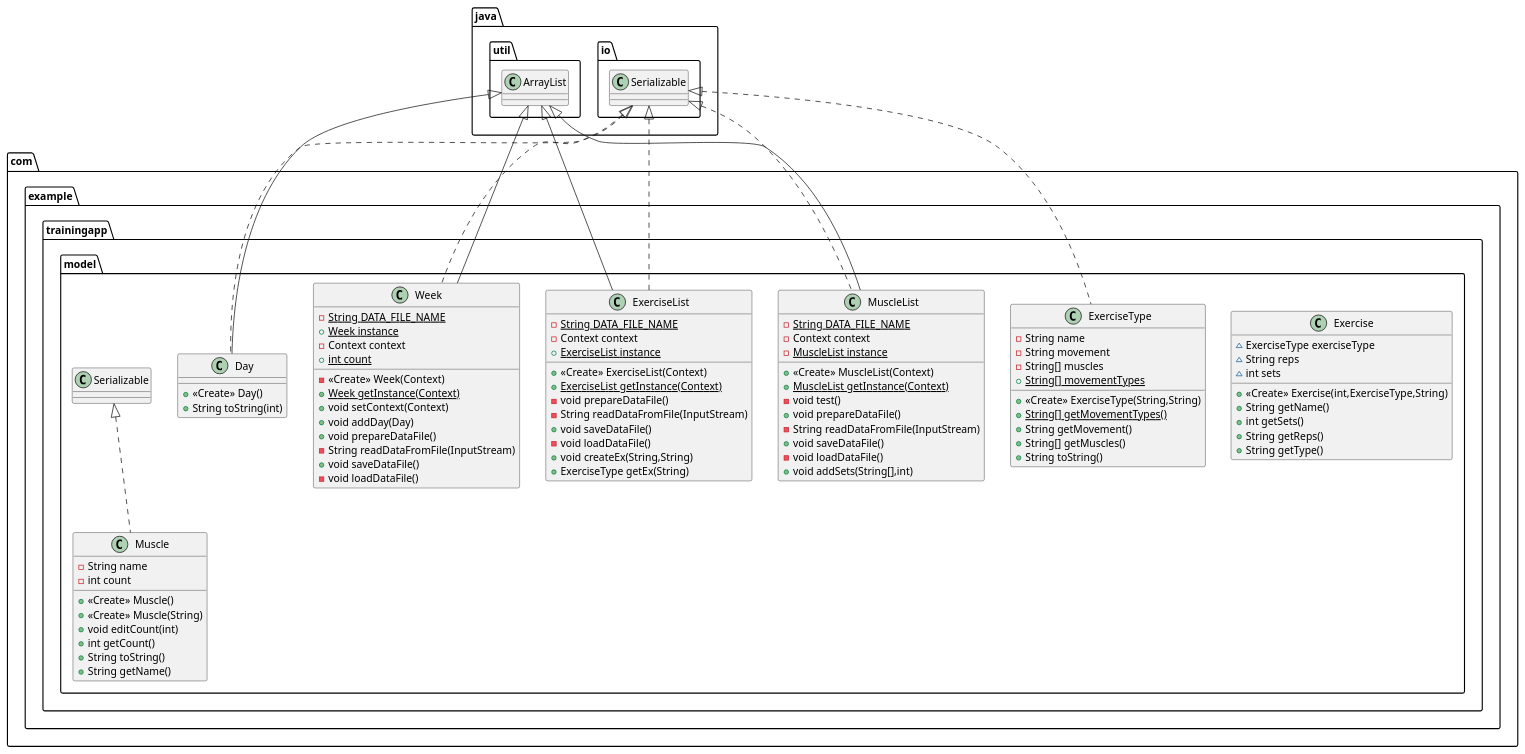
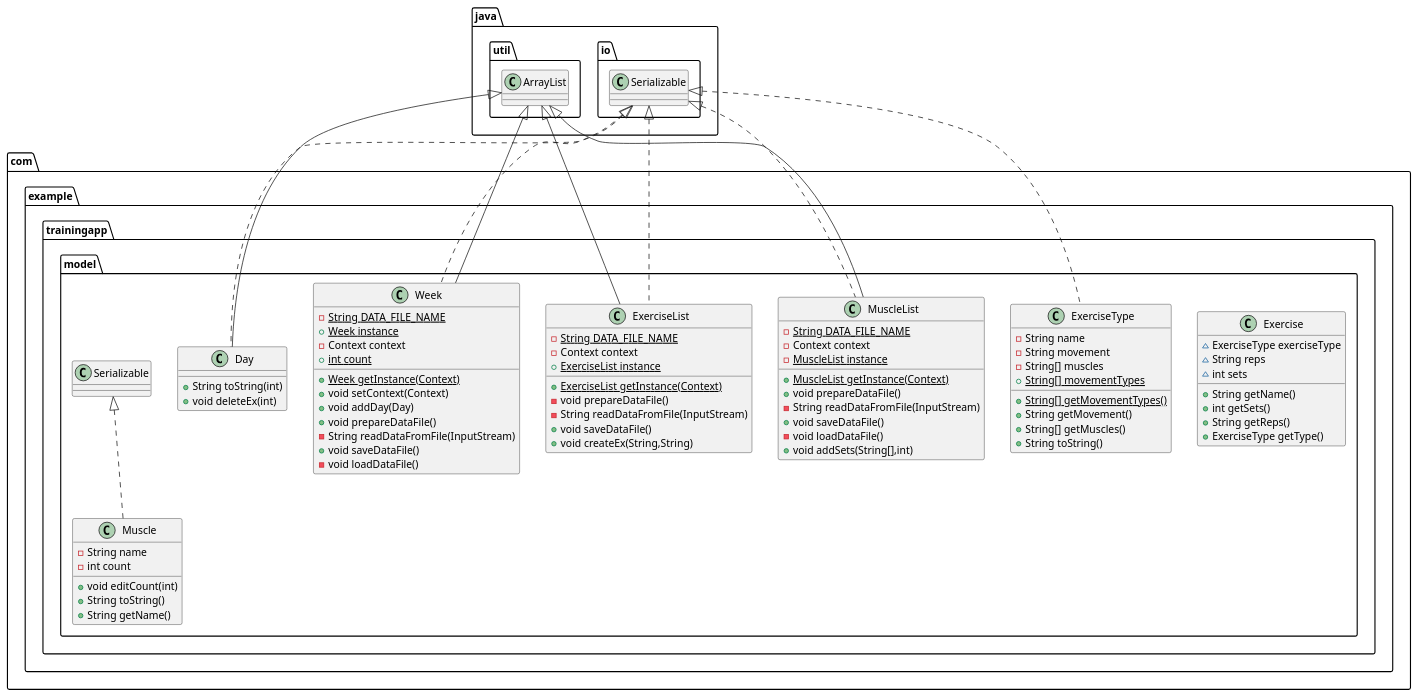
One commit to Lionco42/TrainingApp changed the diagram in traininguml.puml. Above: the diagram before and after it, drawn with PlantUML. The commit also changed 2 other files, not shown here.

```diff
--- a/traininguml.puml
+++ b/traininguml.puml
@@ -1,89 +1,78 @@
 @startuml
 class com.example.trainingapp.model.Exercise {
 ~ ExerciseType exerciseType
 ~ String reps
 ~ int sets
-+ <<Create>> Exercise(int,ExerciseType,String)
 + String getName()
 + int getSets()
 + String getReps()
-+ String getType()
++ ExerciseType getType()
 }
 class com.example.trainingapp.model.MuscleList {
 - {static} String DATA_FILE_NAME
 - Context context
 - {static} MuscleList instance
-+ <<Create>> MuscleList(Context)
 + {static} MuscleList getInstance(Context)
-- void test()
 + void prepareDataFile()
 - String readDataFromFile(InputStream)
 + void saveDataFile()
 - void loadDataFile()
 + void addSets(String[],int)
 }
 class com.example.trainingapp.model.ExerciseList {
 - {static} String DATA_FILE_NAME
 - Context context
 + {static} ExerciseList instance
-+ <<Create>> ExerciseList(Context)
 + {static} ExerciseList getInstance(Context)
 - void prepareDataFile()
 - String readDataFromFile(InputStream)
 + void saveDataFile()
-- void loadDataFile()
 + void createEx(String,String)
-+ ExerciseType getEx(String)
 }
 class com.example.trainingapp.model.ExerciseType {
 - String name
 - String movement
 - String[] muscles
 + {static} String[] movementTypes
-+ <<Create>> ExerciseType(String,String)
 + {static} String[] getMovementTypes()
 + String getMovement()
 + String[] getMuscles()
 + String toString()
 }
 class com.example.trainingapp.model.Day {
-+ <<Create>> Day()
 + String toString(int)
++ void deleteEx(int)
 }
 class com.example.trainingapp.model.Week {
 - {static} String DATA_FILE_NAME
 + {static} Week instance
 - Context context
 + {static} int count
-- <<Create>> Week(Context)
 + {static} Week getInstance(Context)
 + void setContext(Context)
 + void addDay(Day)
 + void prepareDataFile()
 - String readDataFromFile(InputStream)
 + void saveDataFile()
 - void loadDataFile()
 }
 class com.example.trainingapp.model.Muscle {
 - String name
 - int count
-+ <<Create>> Muscle()
-+ <<Create>> Muscle(String)
 + void editCount(int)
-+ int getCount()
 + String toString()
 + String getName()
 }
 
 
 java.io.Serializable <|.. com.example.trainingapp.model.MuscleList
 java.util.ArrayList <|-- com.example.trainingapp.model.MuscleList
 java.io.Serializable <|.. com.example.trainingapp.model.ExerciseList
 java.util.ArrayList <|-- com.example.trainingapp.model.ExerciseList
 java.io.Serializable <|.. com.example.trainingapp.model.ExerciseType
 java.io.Serializable <|.. com.example.trainingapp.model.Day
 java.util.ArrayList <|-- com.example.trainingapp.model.Day
 java.io.Serializable <|.. com.example.trainingapp.model.Week
 java.util.ArrayList <|-- com.example.trainingapp.model.Week
 com.example.trainingapp.model.Serializable <|.. com.example.trainingapp.model.Muscle
 @enduml
```
